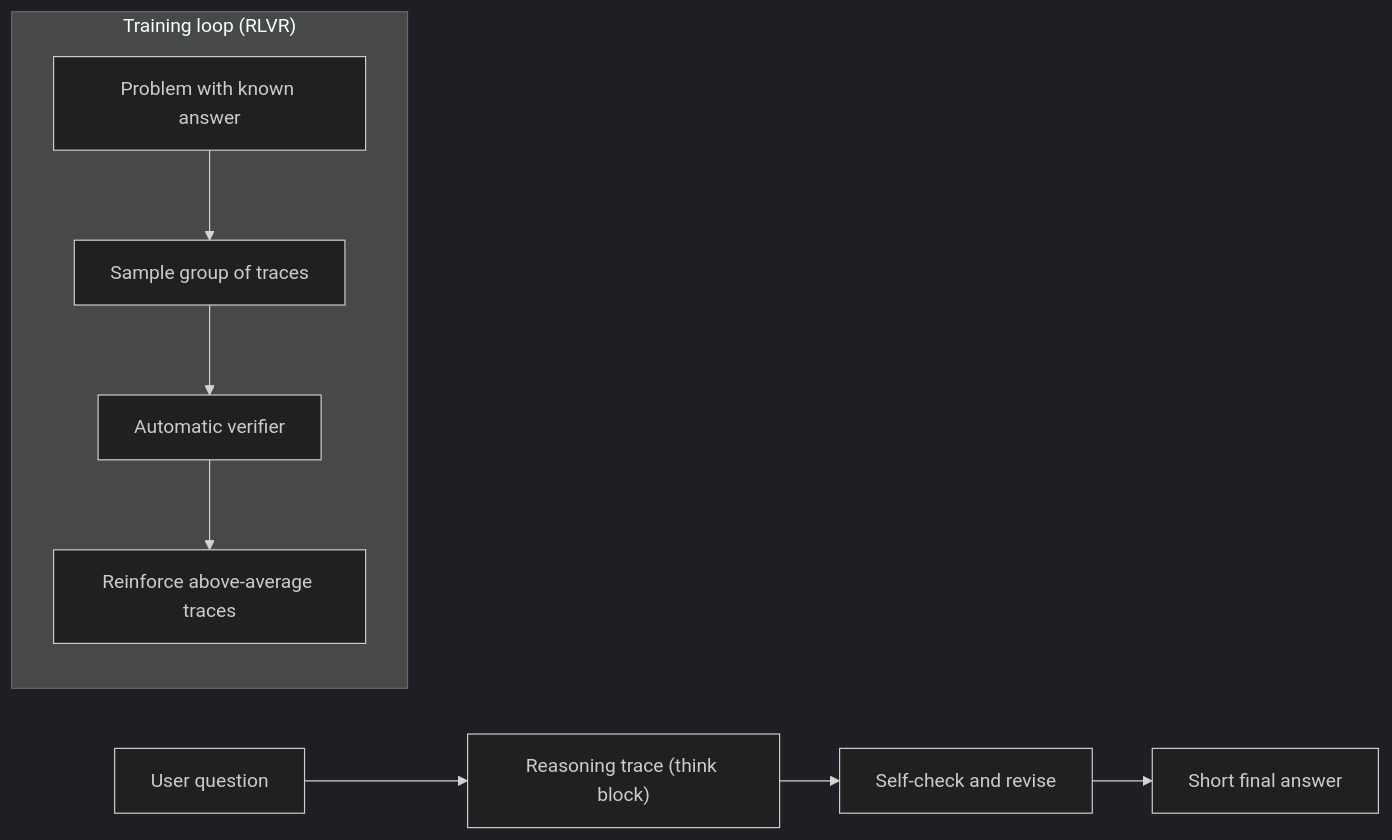
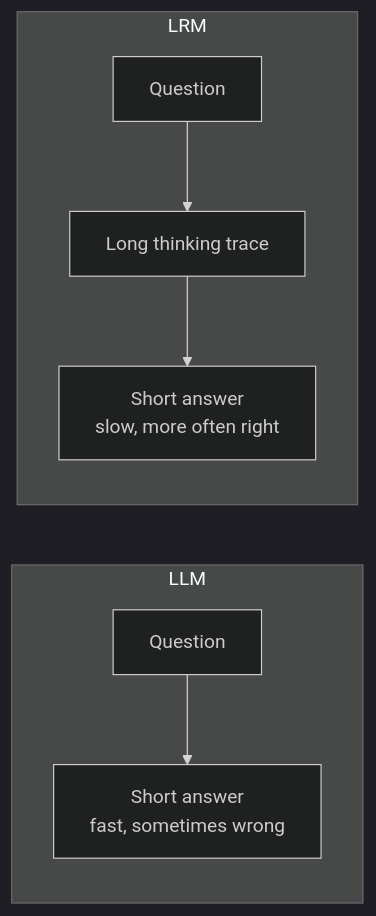
The first of 2 diagrams in notes/step-06-types-of-language-models/078-large-reasoning-models.md (kaisarnajar/outcome-school-blogs), drawn with Mermaid (dark theme) before and after one commit. The commit also changed other lines of this file and 233 other files, not shown here.

````diff
--- a/notes/step-06-types-of-language-models/078-large-reasoning-models.md
+++ b/notes/step-06-types-of-language-models/078-large-reasoning-models.md
@@ -49,11 +61,9 @@
 ```mermaid
 flowchart LR
-    Q["User question"] --> T["Reasoning trace (think block)"]
-    T --> C["Self-check and revise"]
-    C --> A["Short final answer"]
-    subgraph TR["Training loop (RLVR)"]
-        P["Problem with known answer"] --> S["Sample group of traces"]
-        S --> V["Automatic verifier"]
-        V --> U["Reinforce above-average traces"]
-    end
+subgraph L1["LLM"]
+q1["Question"] --> a1["Short answer<br/>fast, sometimes wrong"]
+end
+subgraph R1["LRM"]
+q2["Question"] --> t2["Long thinking trace"] --> a2["Short answer<br/>slow, more often right"]
+end
 ```
````
